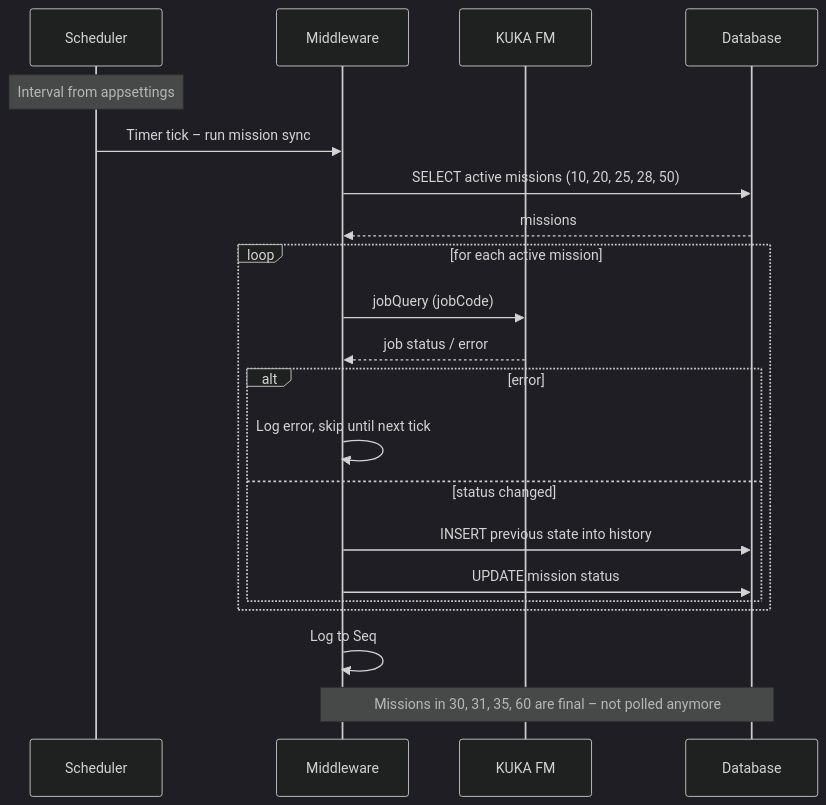
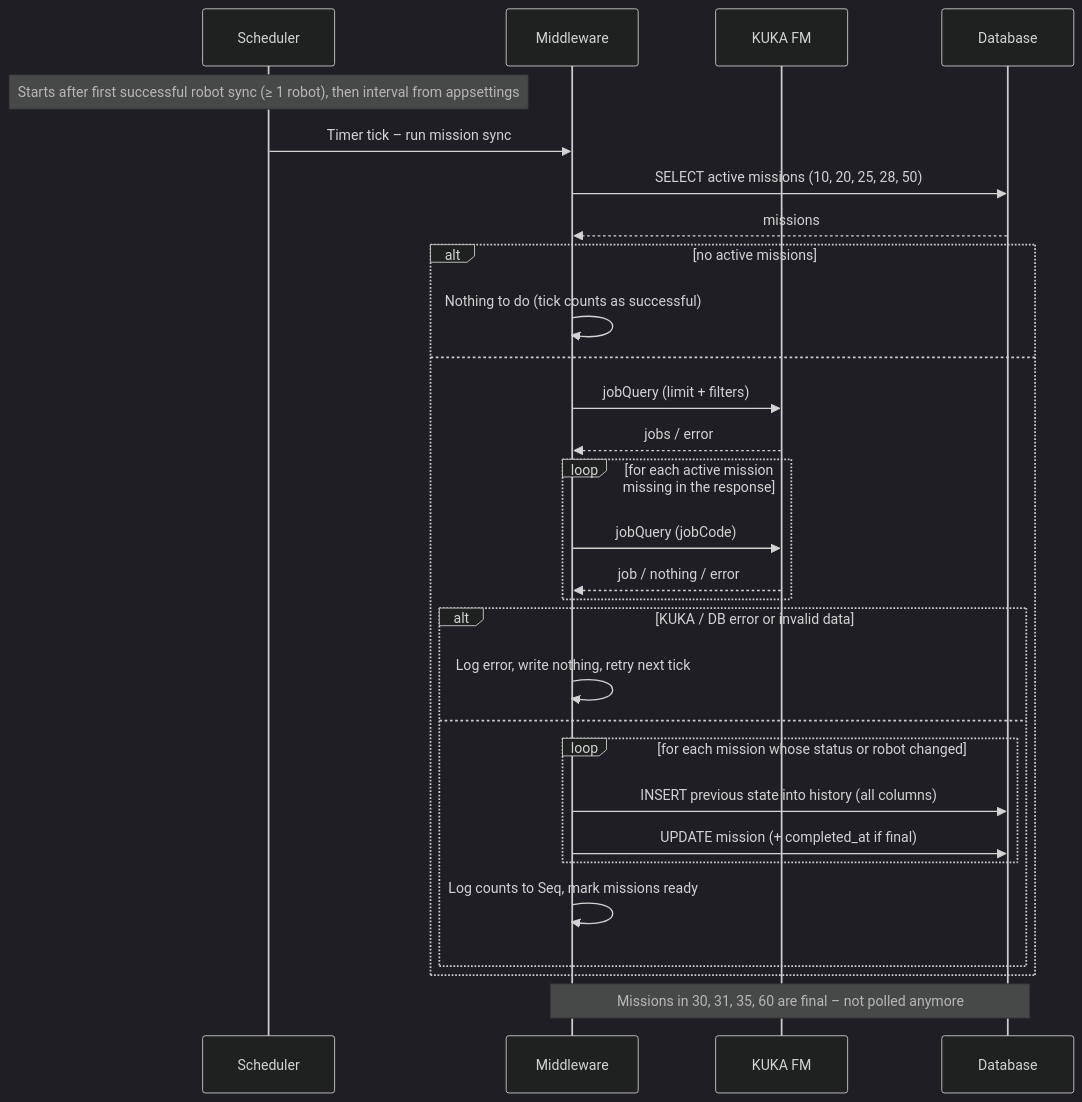
Before and after one commit to FEI-thridos/ITS: the fifth of 8 diagrams in documentation/specification.md, drawn with Mermaid (dark theme). The commit also changed other lines of this file and 68 other files, not shown here.

````diff
--- a/documentation/specification.md
+++ b/documentation/specification.md
@@ -149,24 +168,32 @@
 ```mermaid
 sequenceDiagram
     participant SCH as Scheduler
     participant MW as Middleware
     participant KUKA as KUKA FM
     participant DB as Database
 
-    Note over SCH: Interval from appsettings
+    Note over SCH: Starts after first successful robot sync (≥ 1 robot), then interval from appsettings
     SCH->>MW: Timer tick – run mission sync
     MW->>DB: SELECT active missions (10, 20, 25, 28, 50)
     DB-->>MW: missions
-    loop for each active mission
-        MW->>KUKA: jobQuery (jobCode)
-        KUKA-->>MW: job status / error
-        alt error
-            MW->>MW: Log error, skip until next tick
-        else status changed
-            MW->>DB: INSERT previous state into history
-            MW->>DB: UPDATE mission status
+    alt no active missions
+        MW->>MW: Nothing to do (tick counts as successful)
+    else
+        MW->>KUKA: jobQuery (limit + filters)
+        KUKA-->>MW: jobs / error
+        loop for each active mission missing in the response
+            MW->>KUKA: jobQuery (jobCode)
+            KUKA-->>MW: job / nothing / error
+        end
+        alt KUKA / DB error or invalid data
+            MW->>MW: Log error, write nothing, retry next tick
+        else
+            loop for each mission whose status or robot changed
+                MW->>DB: INSERT previous state into history (all columns)
+                MW->>DB: UPDATE mission (+ completed_at if final)
+            end
+            MW->>MW: Log counts to Seq, mark missions ready
         end
     end
-    MW->>MW: Log to Seq
     Note over MW,DB: Missions in 30, 31, 35, 60 are final – not polled anymore
 ```
````
